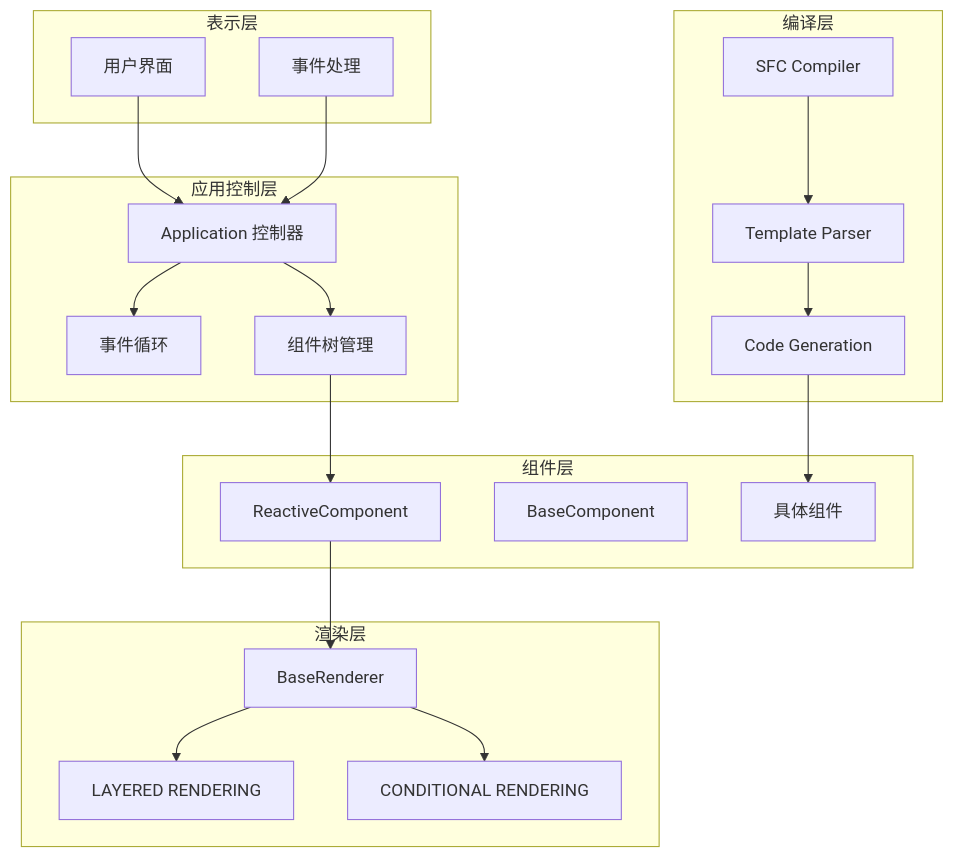
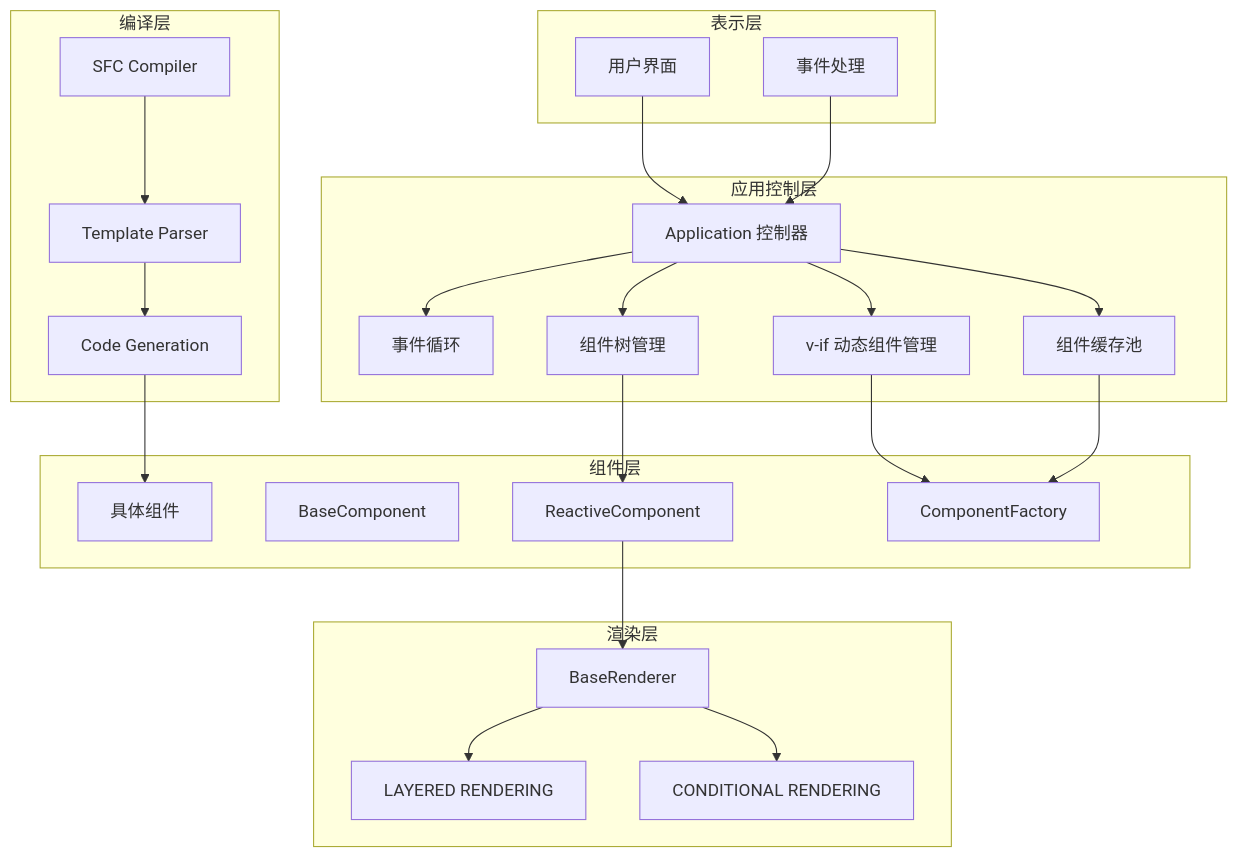
One commit to xingye00186/PUI changed the third of 10 diagrams in .qoder/repowiki/zh/content/核心架构设计/应用控制设计.md. Above: the diagram before and after it, drawn with Mermaid. The commit also changed other lines of this file and 10 other files, not shown here.

````diff
--- a/.qoder/repowiki/zh/content/核心架构设计/应用控制设计.md
+++ b/.qoder/repowiki/zh/content/核心架构设计/应用控制设计.md
@@ -169,38 +188,45 @@
 ```mermaid
 graph TB
 subgraph "表示层"
 UI[用户界面]
 EVENTS[事件处理]
 end
 subgraph "应用控制层"
 APPCTRL[Application 控制器]
 EVENTLOOP[事件循环]
 COMPONENTTREE[组件树管理]
+DYNAMICCOMP[v-if 动态组件管理]
+COMPONENTPOOL[组件缓存池]
 end
 subgraph "渲染层"
 RENDERER[BaseRenderer]
 LAYERED[LAYERED RENDERING]
 CONDITIONAL[CONDITIONAL RENDERING]
 end
 subgraph "组件层"
 REACCOMP[ReactiveComponent]
 BASECOMP[BaseComponent]
 COMPONENTS[具体组件]
+COMPONENTFACTORY[ComponentFactory]
 end
 subgraph "编译层"
 SFC[SFC Compiler]
 TEMPLATE[Template Parser]
 CODEGEN[Code Generation]
 end
 UI --> APPCTRL
 EVENTS --> APPCTRL
 APPCTRL --> EVENTLOOP
 APPCTRL --> COMPONENTTREE
+APPCTRL --> DYNAMICCOMP
+APPCTRL --> COMPONENTPOOL
 COMPONENTTREE --> REACCOMP
+DYNAMICCOMP --> COMPONENTFACTORY
+COMPONENTPOOL --> COMPONENTFACTORY
 REACCOMP --> RENDERER
 RENDERER --> LAYERED
 RENDERER --> CONDITIONAL
 SFC --> TEMPLATE
 TEMPLATE --> CODEGEN
 CODEGEN --> COMPONENTS
 ```
````
